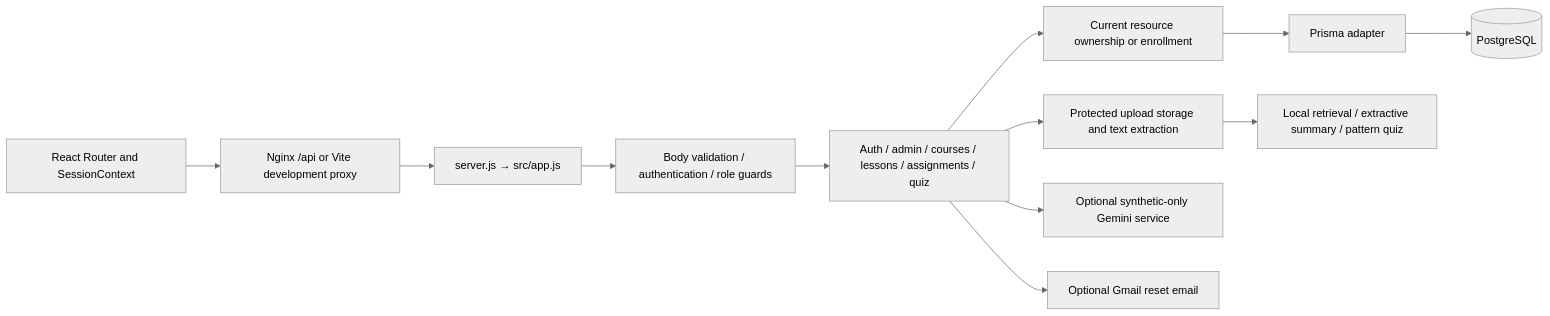
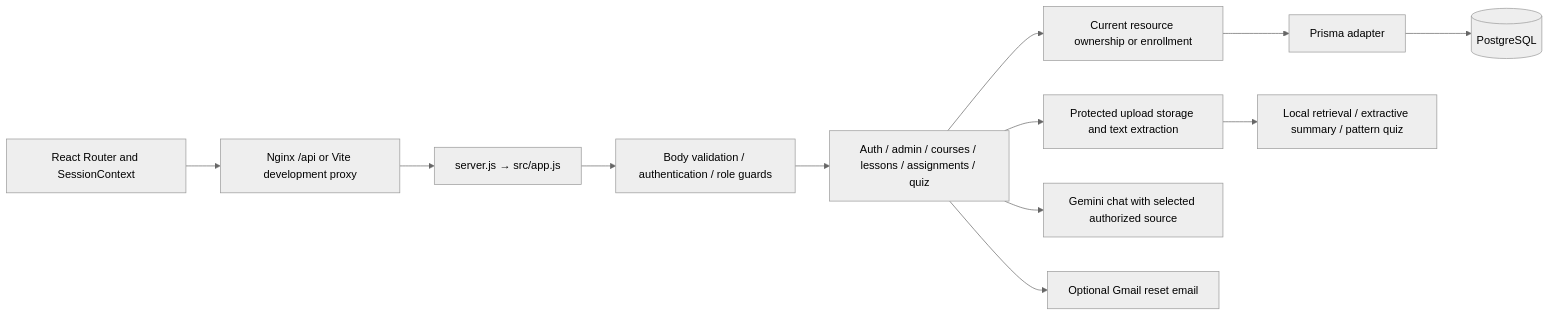
Before and after one commit to NgocTien2005/AI-Smart-Learning-Assistant: the first of 3 diagrams in docs/architecture.md, drawn with Mermaid (neutral theme). The commit also changed other lines of this file and 11 other files, not shown here.

````diff
--- a/docs/architecture.md
+++ b/docs/architecture.md
@@ -7,14 +7,14 @@
 ```mermaid
 flowchart LR
   Browser[React Router and SessionContext] --> Proxy[Nginx /api or Vite development proxy]
   Proxy --> App[server.js → src/app.js]
   App --> Guards[Body validation / authentication / role guards]
   Guards --> Routes[Auth / admin / courses / lessons / assignments / quiz]
   Routes --> Access[Current resource ownership or enrollment]
   Access --> Prisma[Prisma adapter]
   Prisma --> DB[(PostgreSQL)]
   Routes --> Files[Protected upload storage and text extraction]
   Files --> Local[Local retrieval / extractive summary / pattern quiz]
-  Routes --> Cloud[Optional synthetic-only Gemini service]
+  Routes --> Cloud[Gemini chat with selected authorized source]
   Routes --> Mail[Optional Gmail reset email]
 ```
````
